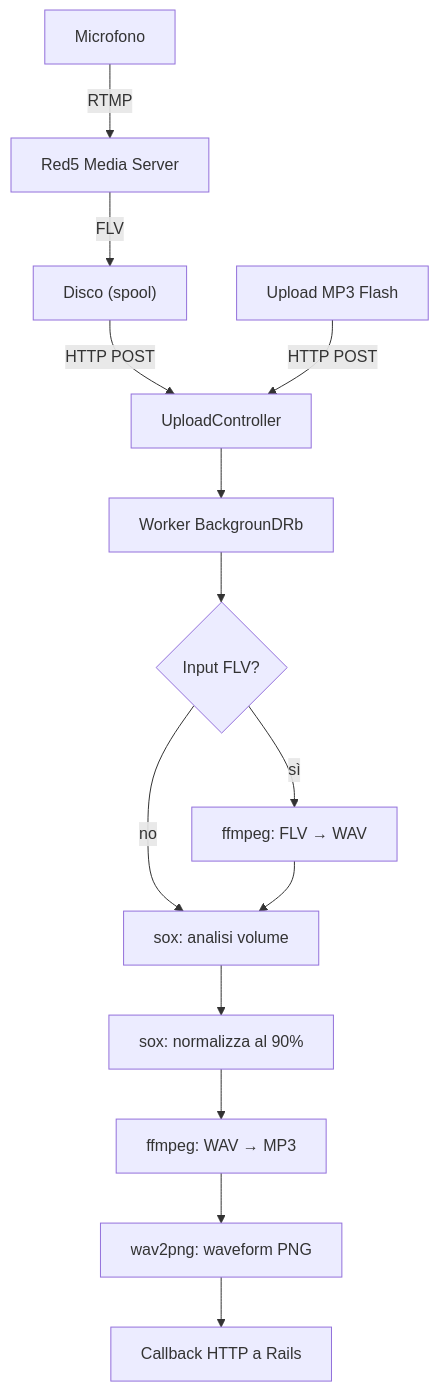
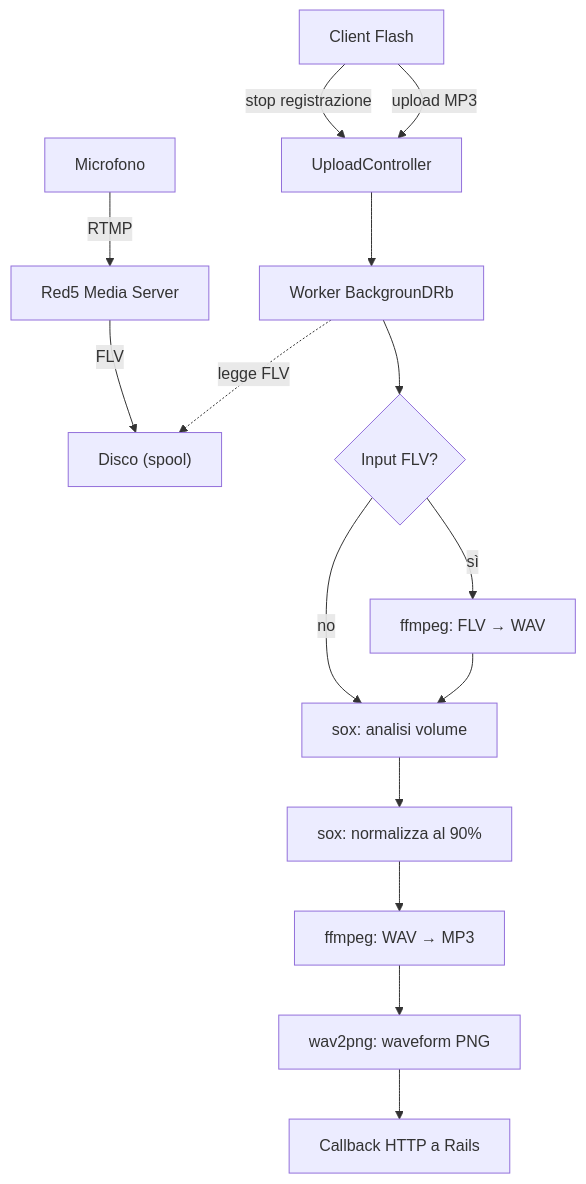
The diagram in content/posts/2010-10-18-myousica-from-microphone-to-mp3/index.it.md (vjt/sindro.me), drawn with Mermaid before and after one commit. The commit also changed 1 other file, not shown here.

Commit message:
Fix pipeline diagram: Flash client orchestrates, worker reads spool
The disk spool doesn't POST anywhere — the Flash client triggers the
UploadController (for both recordings and direct uploads), and the
BackgrounDRb worker reads the FLV from the shared spool directory.

````diff
--- a/content/posts/2010-10-18-myousica-from-microphone-to-mp3/index.it.md
+++ b/content/posts/2010-10-18-myousica-from-microphone-to-mp3/index.it.md
@@ -18,16 +18,17 @@
 ```mermaid
 graph TD
     MIC["Microfono"] -->|RTMP| RED5["Red5 Media Server"]
     RED5 -->|FLV| DISK["Disco (spool)"]
-    DISK -->|HTTP POST| UC["UploadController"]
-    UPLOAD["Upload MP3 Flash"] -->|HTTP POST| UC
+    FLASH["Client Flash"] -->|"stop registrazione"| UC["UploadController"]
+    FLASH -->|"upload MP3"| UC
     UC --> BG["Worker BackgrounDRb"]
+    BG -.->|legge FLV| DISK
     BG --> FLV{"Input FLV?"}
     FLV -->|sì| WAV1["ffmpeg: FLV → WAV"]
     FLV -->|no| ANALYZE
     WAV1 --> ANALYZE["sox: analisi volume"]
     ANALYZE --> NORM["sox: normalizza al 90%"]
     NORM --> ENCODE["ffmpeg: WAV → MP3"]
     ENCODE --> WAVE["wav2png: waveform PNG"]
     WAVE --> CALLBACK["Callback HTTP a Rails"]
 ```
````
